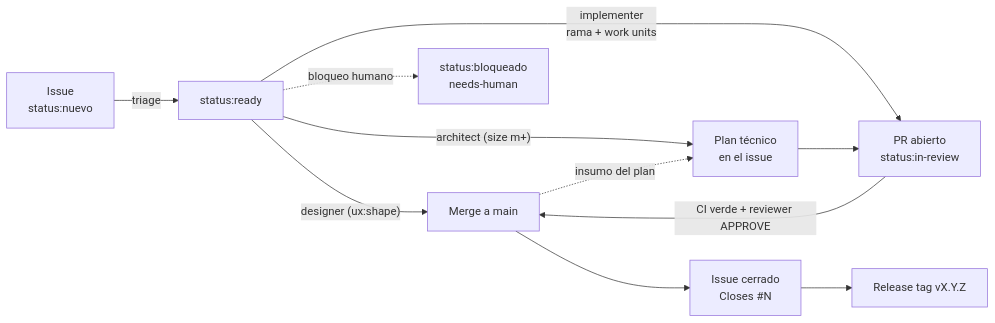
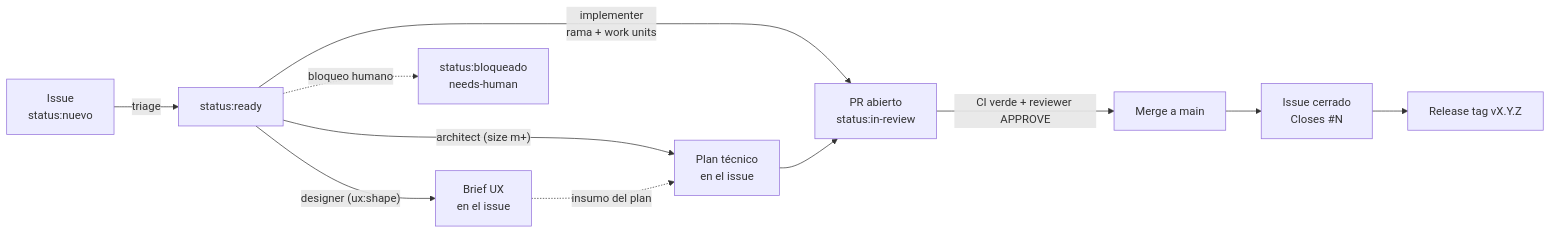
The diagram in docs/procesos/flujo-desarrollo.md (tiagofur/imalive), drawn with Mermaid before and after one commit. The commit also changed 5 other files, not shown here.

Commit message:
fix(factory): address review feedback on mermaid IDs, gitignore negation, and handoff pointers

````diff
--- a/docs/procesos/flujo-desarrollo.md
+++ b/docs/procesos/flujo-desarrollo.md
@@ -7,13 +7,13 @@
 ```mermaid
 flowchart LR
     A["Issue<br/>status:nuevo"] -->|triage| B["status:ready"]
-    B -->|"designer (ux:shape)"| D["Brief UX<br/>en el issue"]
+    B -->|"designer (ux:shape)"| U["Brief UX<br/>en el issue"]
     B -->|"architect (size m+)"| P["Plan técnico<br/>en el issue"]
     B -->|"implementer<br/>rama + work units"| C["PR abierto<br/>status:in-review"]
-    D -.->|"insumo del plan"| P
+    U -.->|"insumo del plan"| P
     P --> C
     C -->|"CI verde + reviewer APPROVE"| D["Merge a main"]
     D --> E["Issue cerrado<br/>Closes #N"]
     E --> F["Release tag vX.Y.Z"]
     B -.->|"bloqueo humano"| X["status:bloqueado<br/>needs-human"]
 ```
````
